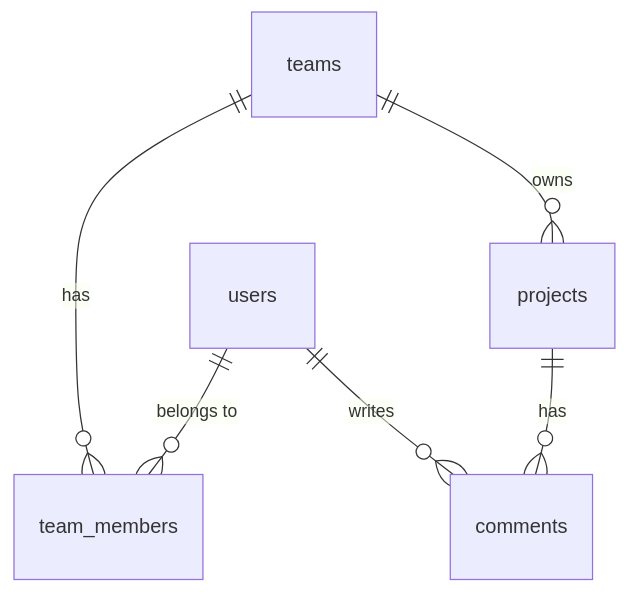
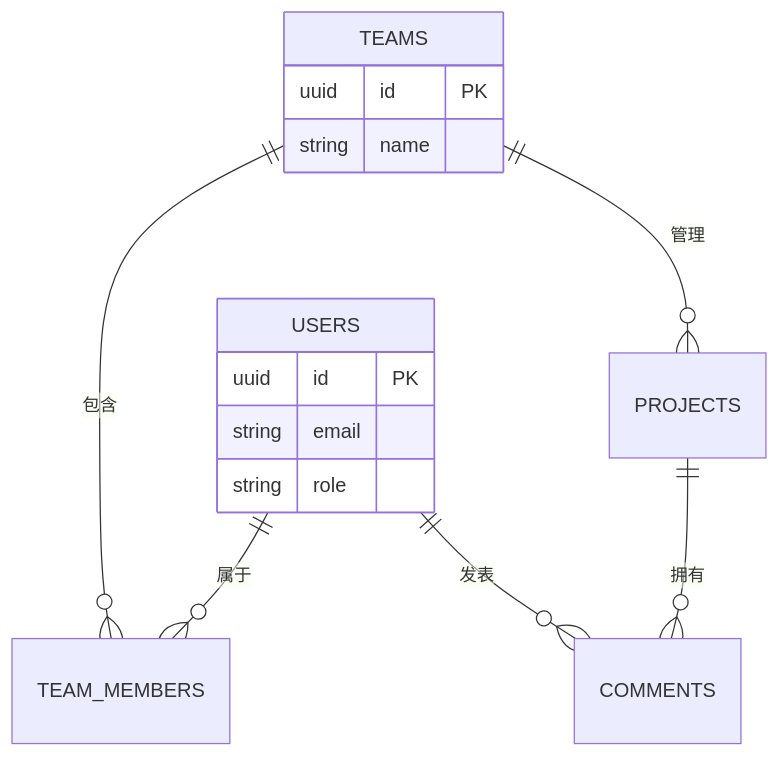
The second of 13 diagrams in docs/claude/ClaudeCode实战指南.md (microwind/ai-skills), drawn with Mermaid before and after one commit. The commit also changed other lines of this file and 32 other files, not shown here.

````diff
--- a/docs/claude/ClaudeCode实战指南.md
+++ b/docs/claude/ClaudeCode实战指南.md
@@ -79,8 +170,18 @@
 ```mermaid
 erDiagram
-    users ||--o{ team_members : "belongs to"
-    teams ||--o{ team_members : "has"
-    teams ||--o{ projects : "owns"
-    projects ||--o{ comments : "has"
-    users ||--o{ comments : "writes"
+    USERS ||--o{ TEAM_MEMBERS : "属于"
+    TEAMS ||--o{ TEAM_MEMBERS : "包含"
+    TEAMS ||--o{ PROJECTS : "管理"
+    PROJECTS ||--o{ COMMENTS : "拥有"
+    USERS ||--o{ COMMENTS : "发表"
+
+    USERS {
+        uuid id PK
+        string email
+        string role
+    }
+    TEAMS {
+        uuid id PK
+        string name
+    }
 ```
````
